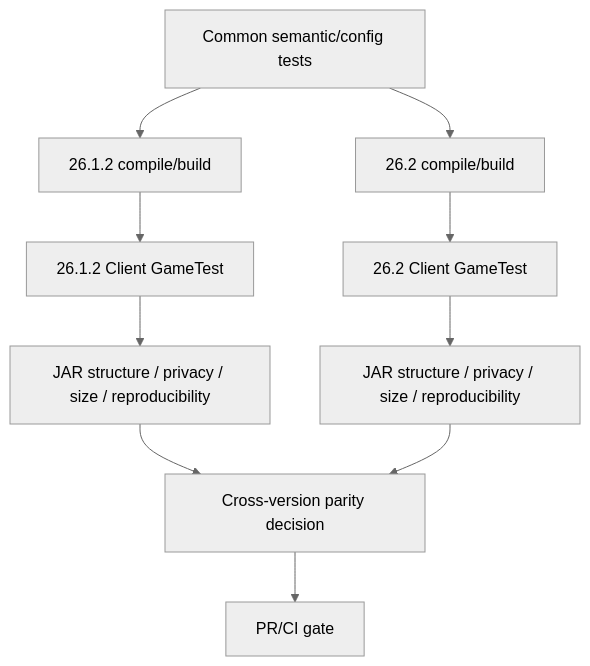
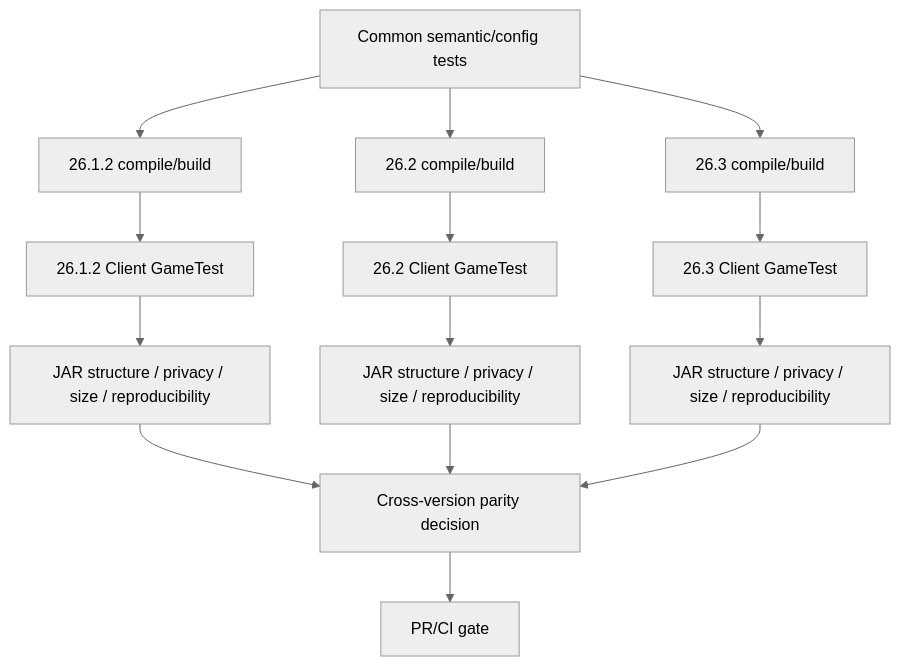
Before and after one commit to bosatsu25/BlockLens: the second of 2 diagrams in knowledge/current/engineering-loop.md, drawn with Mermaid (neutral theme). The commit also changed other lines of this file and 36 other files, not shown here.

````diff
--- a/knowledge/current/engineering-loop.md
+++ b/knowledge/current/engineering-loop.md
@@ -94,12 +94,16 @@
 ```mermaid
 flowchart TD
     C[Common semantic/config tests] --> A1[26.1.2 compile/build]
     C --> A2[26.2 compile/build]
+    C --> A3[26.3 compile/build]
     A1 --> G1[26.1.2 Client GameTest]
     A2 --> G2[26.2 Client GameTest]
+    A3 --> G3[26.3 Client GameTest]
     G1 --> J1[JAR structure / privacy / size / reproducibility]
     G2 --> J2[JAR structure / privacy / size / reproducibility]
+    G3 --> J3[JAR structure / privacy / size / reproducibility]
     J1 --> P[Cross-version parity decision]
     J2 --> P
+    J3 --> P
     P --> Q[PR/CI gate]
 ```
````
